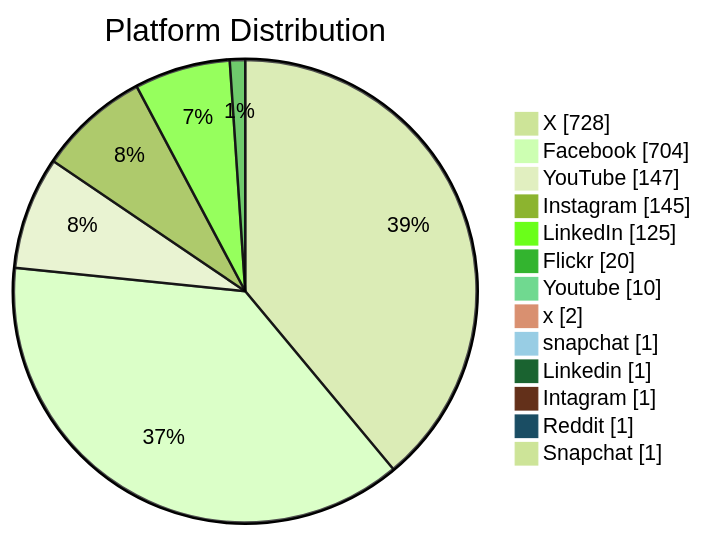
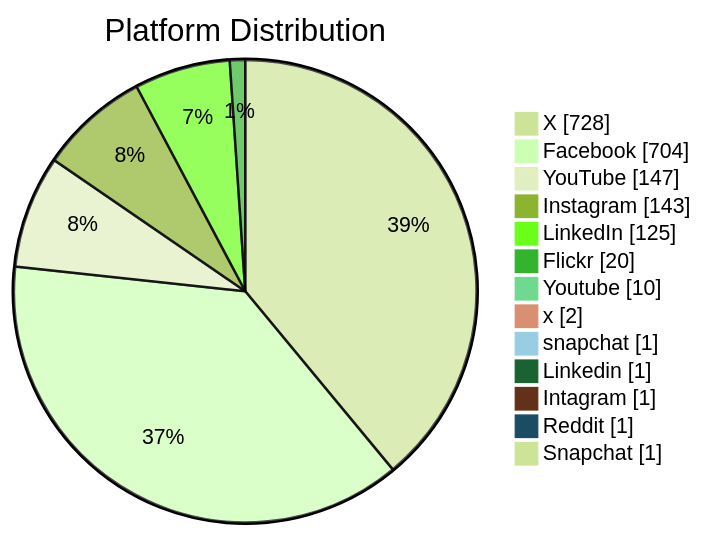
One commit to PatLittle/GC-Socials changed the second of 6 diagrams in README.md. Above: the diagram before and after it, drawn with Mermaid (forest theme). The commit also changed other lines of this file, not shown here.

Commit message:
Update README with Platform Distribution pie chart

````diff
--- a/README.md
+++ b/README.md
@@ -46,16 +46,16 @@
 ```mermaid
 pie showData title Platform Distribution
     "X": 728
     "Facebook": 704
     "YouTube": 147
-    "Instagram": 145
+    "Instagram": 143
     "LinkedIn": 125
     "Flickr": 20
     "Youtube": 10
     "x": 2
     "snapchat": 1
     "Linkedin": 1
     "Intagram": 1
     "Reddit": 1
     "Snapchat": 1
 ```
````
